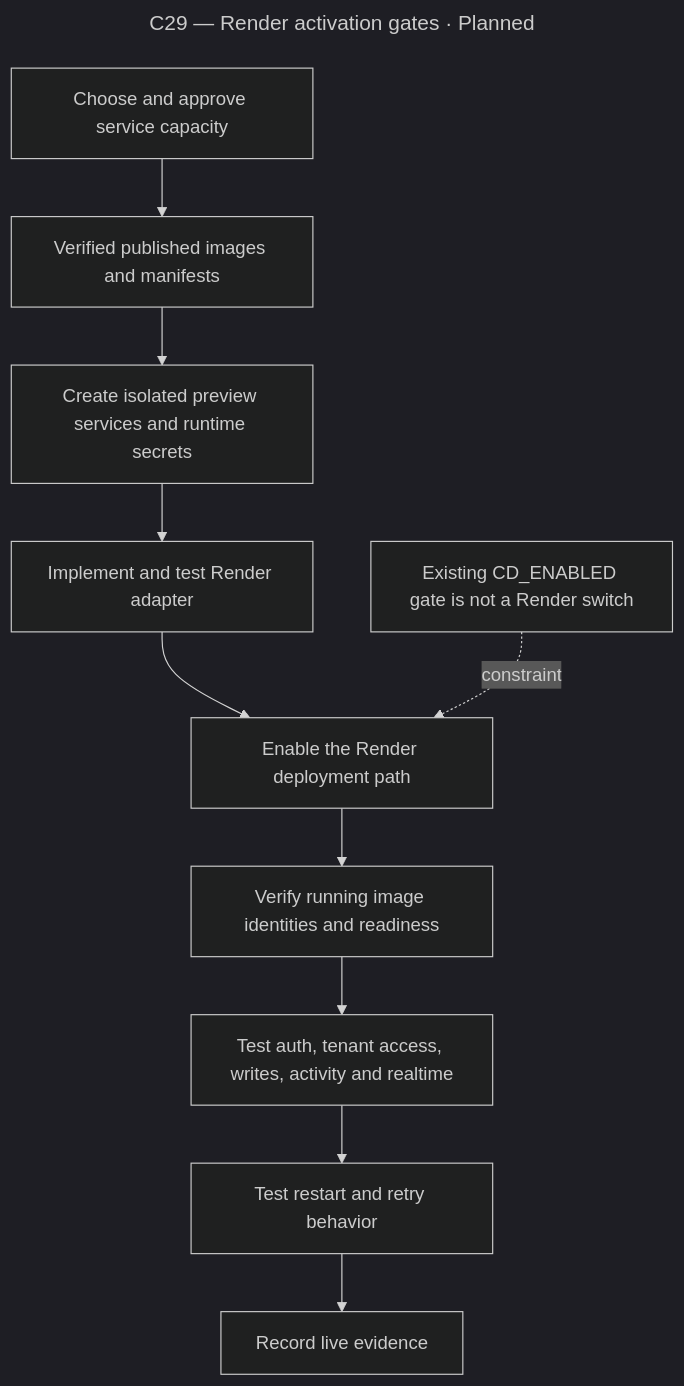
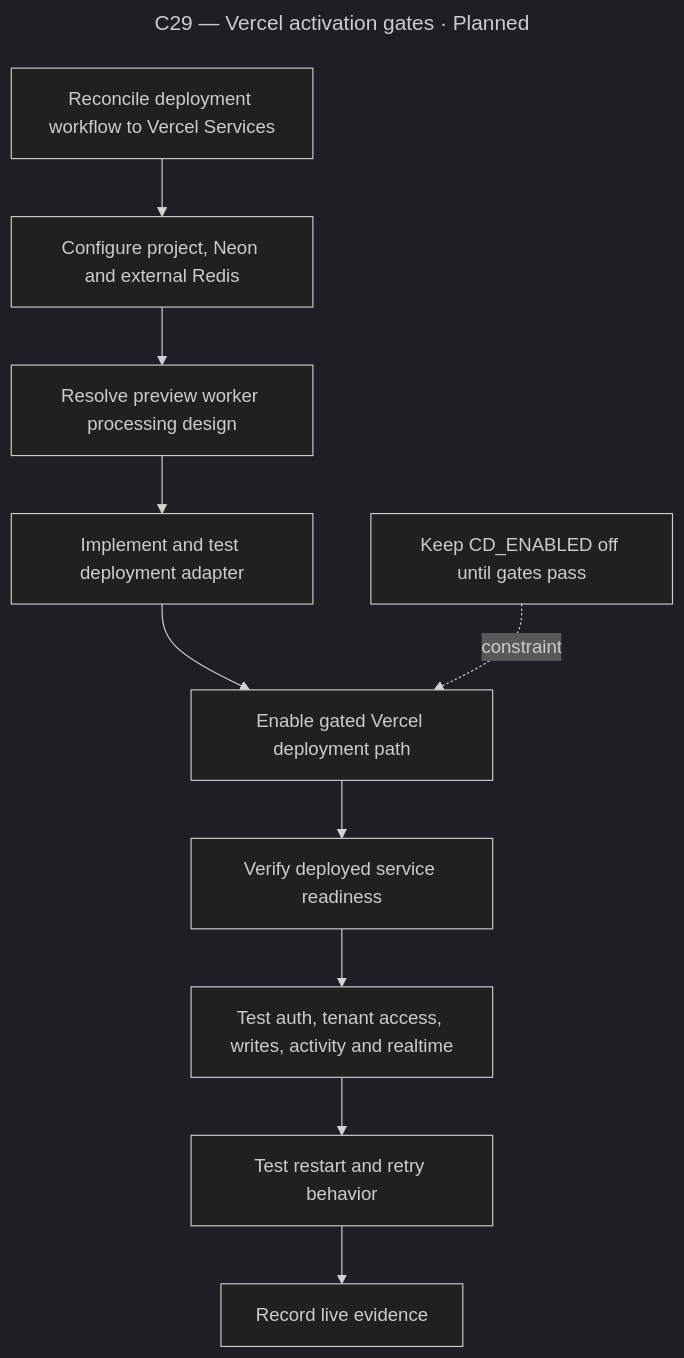
Before and after one commit to ashvir99260/flowboard: the diagram in docs/diagrams/sources/c29-render-activation-gates.mmd, drawn with Mermaid (dark theme). The commit also changed 28 other files, not shown here.

Commit message:
feat: configure vercel multi-service deployment

```diff
--- a/docs/diagrams/sources/c29-render-activation-gates.mmd
+++ b/docs/diagrams/sources/c29-render-activation-gates.mmd
@@ -1,13 +1,13 @@
 ---
-title: "C29 — Render activation gates · Planned"
+title: "C29 — Vercel activation gates · Planned"
 ---
 flowchart TD
-  Budget[Choose and approve service capacity] --> Identity[Verified published images and manifests]
-  Identity --> Resources[Create isolated preview services and runtime secrets]
-  Resources --> Adapter[Implement and test Render adapter]
-  Adapter --> Enable[Enable the Render deployment path]
-  Enable --> Digest[Verify running image identities and readiness]
-  Digest --> Product[Test auth, tenant access, writes, activity and realtime]
+  Workflow[Reconcile deployment workflow to Vercel Services] --> Resources[Configure project, Neon and external Redis]
+  Resources --> Preview[Resolve preview worker processing design]
+  Preview --> Adapter[Implement and test deployment adapter]
+  Adapter --> Enable[Enable gated Vercel deployment path]
+  Enable --> Ready[Verify deployed service readiness]
+  Ready --> Product[Test auth, tenant access, writes, activity and realtime]
   Product --> Recovery[Test restart and retry behavior]
   Recovery --> Evidence[Record live evidence]
-  Legacy[Existing CD_ENABLED gate is not a Render switch] -. constraint .-> Enable
+  Legacy[Keep CD_ENABLED off until gates pass] -. constraint .-> Enable
```
